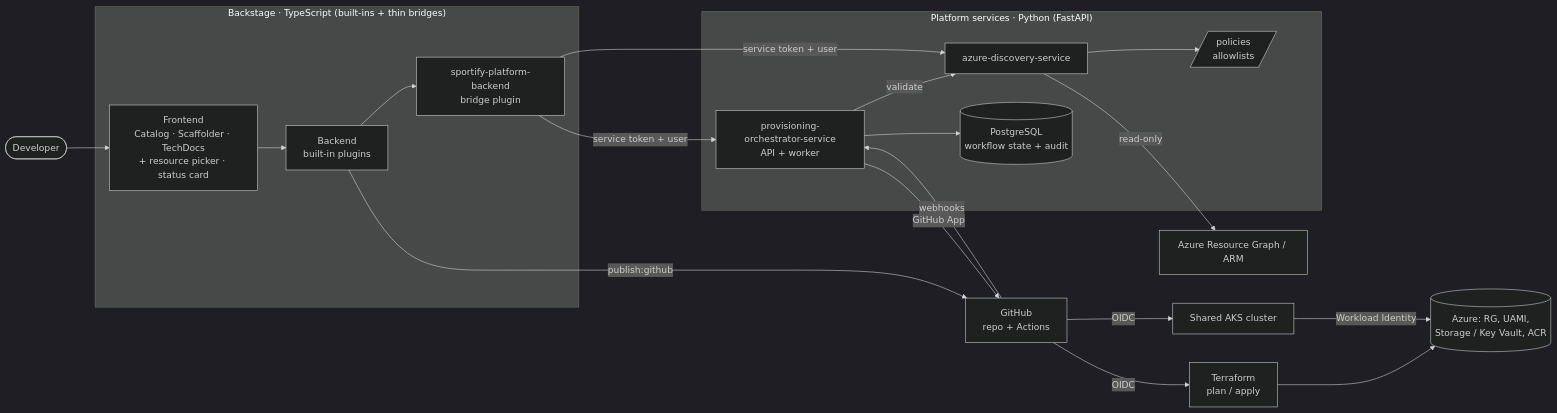
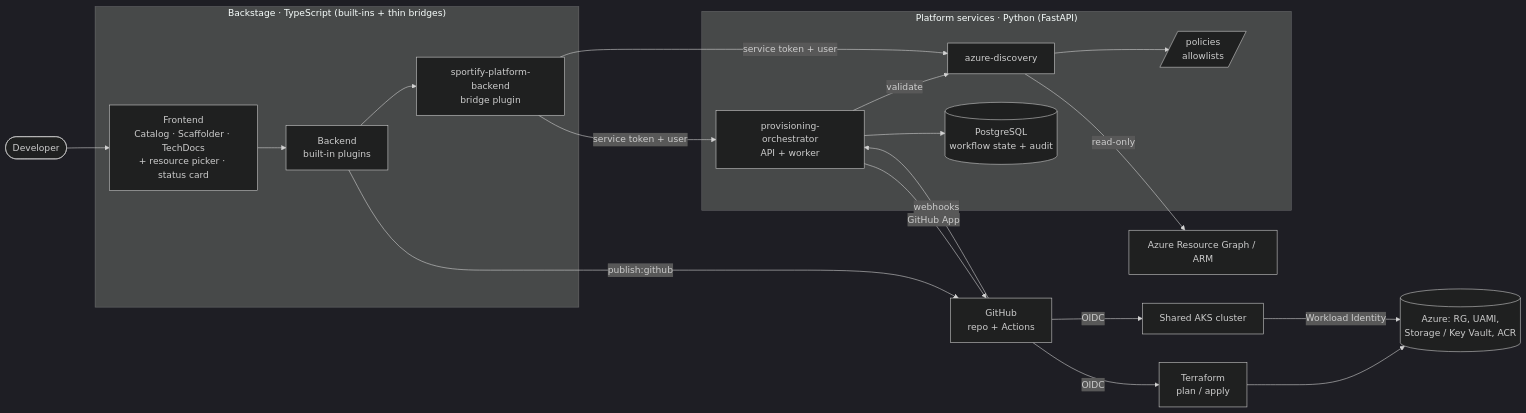
One commit to nixvarghese01/azure-backstage-goldenpath changed the first of 2 diagrams in README.md. Above: the diagram before and after it, drawn with Mermaid (dark theme). The commit also changed other lines of this file and 9 other files, not shown here.

````diff
--- a/README.md
+++ b/README.md
@@ -136,29 +143,29 @@
 ```mermaid
 flowchart LR
     Dev([Developer]) --> Portal
 
     subgraph Backstage["Backstage · TypeScript (built-ins + thin bridges)"]
         Portal[Frontend<br/>Catalog · Scaffolder · TechDocs<br/>+ resource picker · status card]
         Portal --> API[Backend<br/>built-in plugins]
         API --> Bridge[sportify-platform-backend<br/>bridge plugin]
     end
 
     subgraph Python["Platform services · Python (FastAPI)"]
-        Disc[azure-discovery-service]
-        Orch[provisioning-orchestrator-service<br/>API + worker]
+        Disc[azure-discovery]
+        Orch[provisioning-orchestrator<br/>API + worker]
         Orch --> DB[(PostgreSQL<br/>workflow state + audit)]
         Orch -- validate --> Disc
         Disc --> Policy[/policies<br/>allowlists/]
     end
 
     Bridge -- service token + user --> Disc
     Bridge -- service token + user --> Orch
     API -- publish:github --> GH
     Disc -- read-only --> ARG[Azure Resource Graph / ARM]
     Orch -- GitHub App --> GH[GitHub<br/>repo + Actions]
     GH -- webhooks --> Orch
     GH -- OIDC --> TF[Terraform<br/>plan / apply]
     TF --> Azure[(Azure: RG, UAMI,<br/>Storage / Key Vault, ACR)]
     GH -- OIDC --> AKS[Shared AKS cluster]
     AKS -- Workload Identity --> Azure
 ```
````
